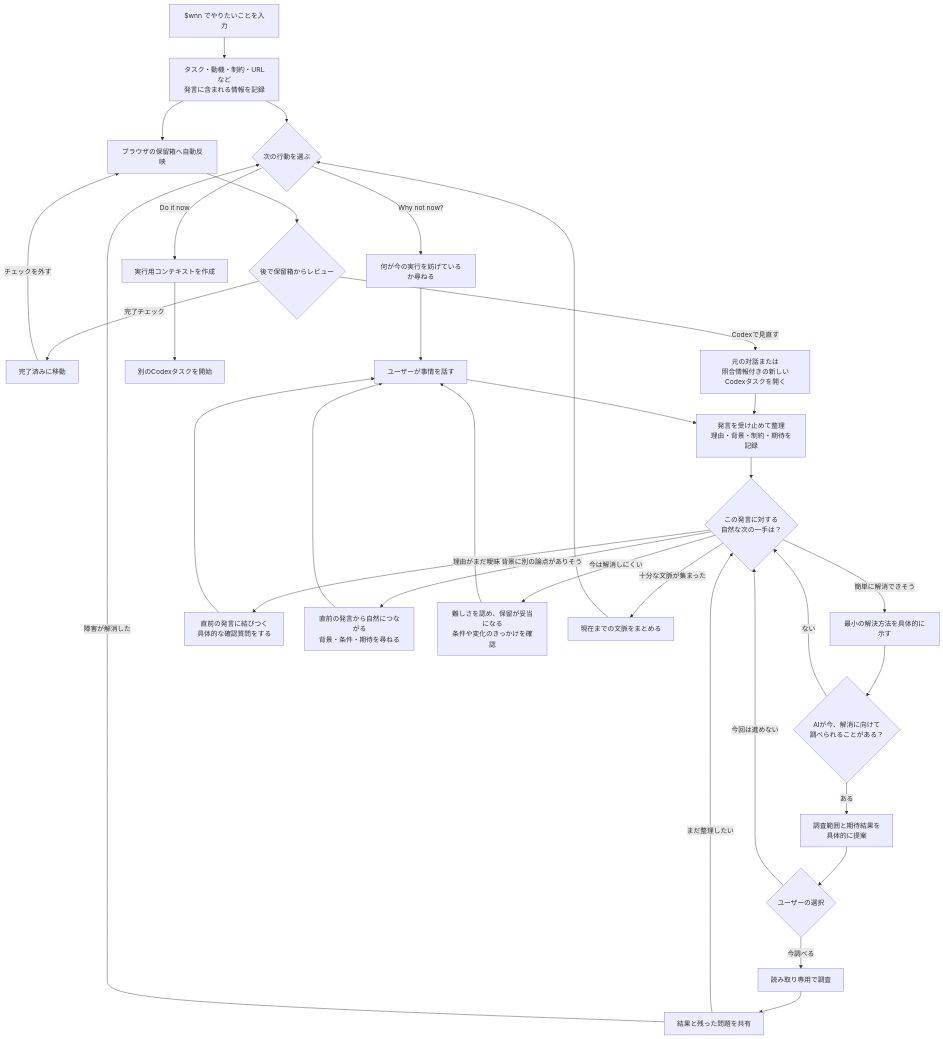
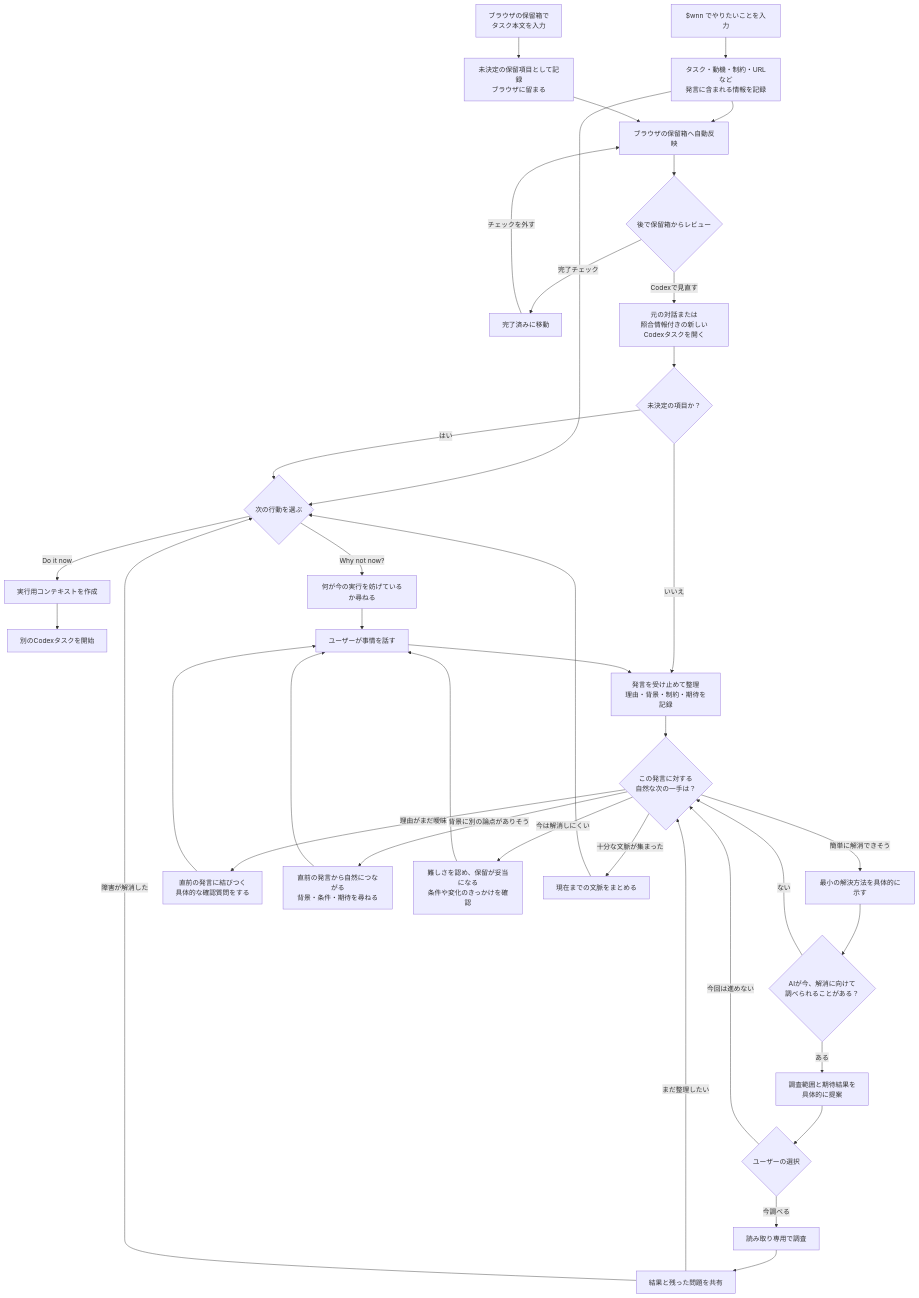
Before and after one commit to Ghaos/WhyNotNow: the diagram in docs/dialogue-flowchart.md, drawn with Mermaid. The commit also changed 7 other files, not shown here.

````diff
--- a/docs/dialogue-flowchart.md
+++ b/docs/dialogue-flowchart.md
@@ -5,44 +5,48 @@
 ```mermaid
 flowchart TD
     A["$wnn でやりたいことを入力"] --> B["タスク・動機・制約・URLなど<br/>発言に含まれる情報を記録"]
+    AA["ブラウザの保留箱で<br/>タスク本文を入力"] --> AB["未決定の保留項目として記録<br/>ブラウザに留まる"]
     B --> C{"次の行動を選ぶ"}
     B --> T["ブラウザの保留箱へ自動反映"]
+    AB --> T
 
     T --> U{"後で保留箱からレビュー"}
     U -->|"完了チェック"| V["完了済みに移動"]
     V -->|"チェックを外す"| T
     U -->|"Codexで見直す"| W["元の対話または<br/>照合情報付きの新しいCodexタスクを開く"]
-    W --> F
+    W --> WD{"未決定の項目か？"}
+    WD -->|"はい"| C
+    WD -->|"いいえ"| F
 
     C -->|"Do it now"| X["実行用コンテキストを作成"]
     X --> Y["別のCodexタスクを開始"]
 
     C -->|"Why not now?"| D["何が今の実行を妨げているか尋ねる"]
     D --> E["ユーザーが事情を話す"]
     E --> F["発言を受け止めて整理<br/>理由・背景・制約・期待を記録"]
     F --> G{"この発言に対する<br/>自然な次の一手は？"}
 
     G -->|"簡単に解消できそう"| H["最小の解決方法を具体的に示す"]
     H --> I{"AIが今、解消に向けて<br/>調べられることがある？"}
     I -->|"ある"| J["調査範囲と期待結果を<br/>具体的に提案"]
     J --> K{"ユーザーの選択"}
     K -->|"今調べる"| L["読み取り専用で調査"]
     L --> M["結果と残った問題を共有"]
     K -->|"今回は進めない"| G
     I -->|"ない"| G
 
     G -->|"理由がまだ曖昧"| Q["直前の発言に結びつく<br/>具体的な確認質問をする"]
     Q --> E
 
     G -->|"背景に別の論点がありそう"| R["直前の発言から自然につながる<br/>背景・条件・期待を尋ねる"]
     R --> E
 
     G -->|"今は解消しにくい"| S["難しさを認め、保留が妥当になる<br/>条件や変化のきっかけを確認"]
     S --> E
 
     G -->|"十分な文脈が集まった"| P["現在までの文脈をまとめる"]
     P --> C
 
     M -->|"まだ整理したい"| G
     M -->|"障害が解消した"| C
 ```
````
